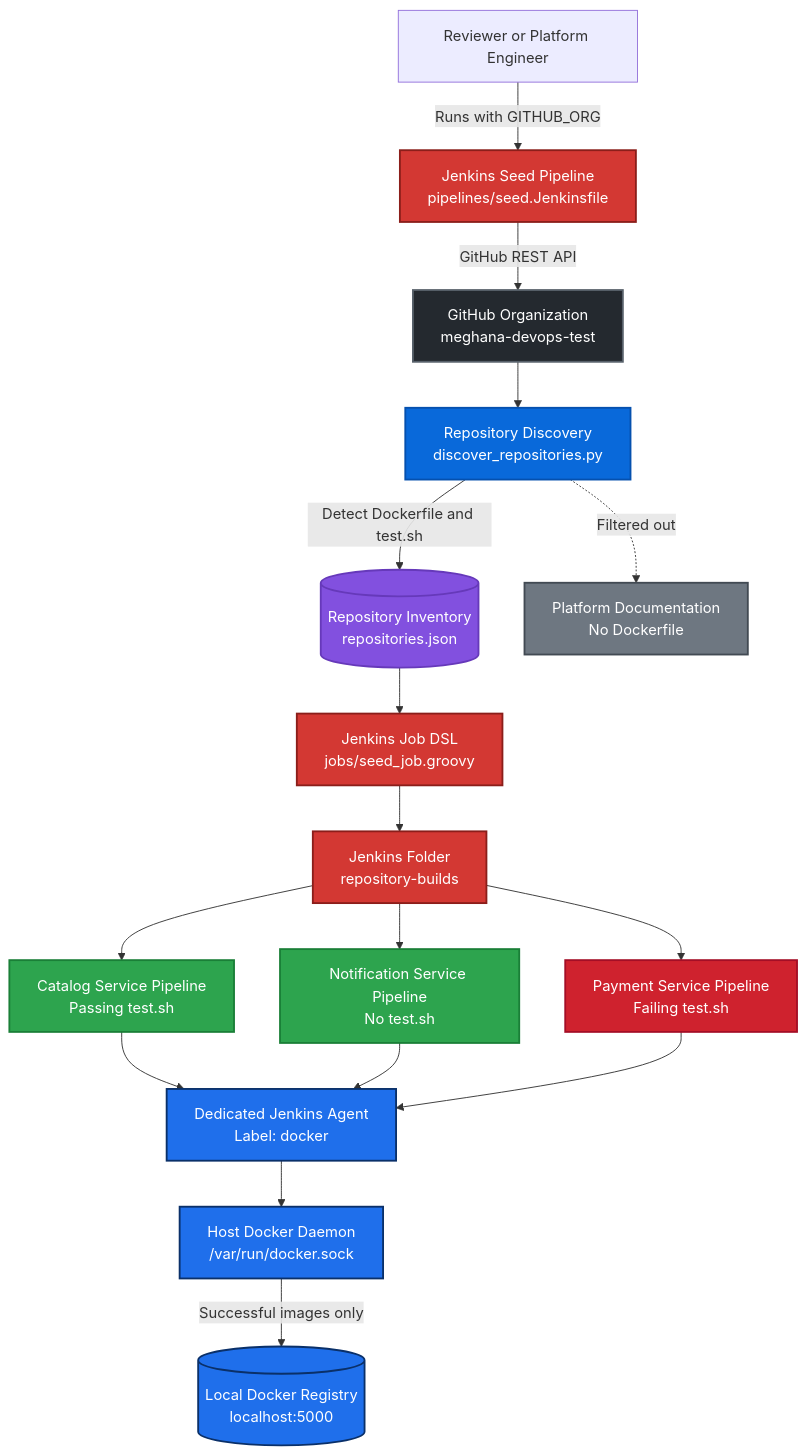
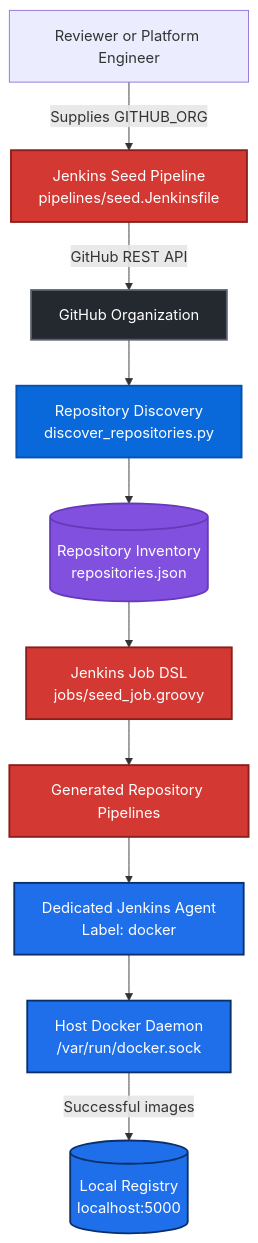
Before and after one commit to meghanareddy08/Txstate-DevOps-Assignment: the first of 8 diagrams in docs/architecture.md, drawn with Mermaid. The commit also changed other lines of this file, not shown here.

Commit message:
Simplify architecture documentation

````diff
--- a/docs/architecture.md
+++ b/docs/architecture.md
@@ -7,69 +9,44 @@
 ```mermaid
 flowchart TD
     USER[Reviewer or Platform Engineer]
 
-    GH[GitHub Organization<br/>meghana-devops-test]
+    GH[GitHub Organization]
 
     SEED[Jenkins Seed Pipeline<br/>pipelines/seed.Jenkinsfile]
 
     DISCOVERY[Repository Discovery<br/>discover_repositories.py]
 
     INVENTORY[(Repository Inventory<br/>repositories.json)]
 
     DSL[Jenkins Job DSL<br/>jobs/seed_job.groovy]
 
-    FOLDER[Jenkins Folder<br/>repository-builds]
-
-    CATALOG[Catalog Service Pipeline<br/>Passing test.sh]
-
-    NOTIFICATION[Notification Service Pipeline<br/>No test.sh]
-
-    PAYMENT[Payment Service Pipeline<br/>Failing test.sh]
-
-    DOCUMENTATION[Platform Documentation<br/>No Dockerfile]
+    JOBS[Generated Repository Pipelines]
 
     AGENT[Dedicated Jenkins Agent<br/>Label: docker]
 
     DOCKER[Host Docker Daemon<br/>/var/run/docker.sock]
 
-    REGISTRY[(Local Docker Registry<br/>localhost:5000)]
+    REGISTRY[(Local Registry<br/>localhost:5000)]
 
-    USER -->|Runs with GITHUB_ORG| SEED
+    USER -->|Supplies GITHUB_ORG| SEED
     SEED -->|GitHub REST API| GH
     GH --> DISCOVERY
-    DISCOVERY -->|Detect Dockerfile and test.sh| INVENTORY
+    DISCOVERY --> INVENTORY
     INVENTORY --> DSL
-    DSL --> FOLDER
-
-    FOLDER --> CATALOG
-    FOLDER --> NOTIFICATION
-    FOLDER --> PAYMENT
-
-    DISCOVERY -. Filtered out .-> DOCUMENTATION
-
-    CATALOG --> AGENT
-    NOTIFICATION --> AGENT
-    PAYMENT --> AGENT
-
+    DSL --> JOBS
+    JOBS --> AGENT
     AGENT --> DOCKER
-    DOCKER -->|Successful images only| REGISTRY
+    DOCKER -->|Successful images| REGISTRY
 
     classDef github fill:#24292f,color:#ffffff,stroke:#57606a,stroke-width:2px;
     classDef jenkins fill:#d33833,color:#ffffff,stroke:#8b1e1a,stroke-width:2px;
     classDef discovery fill:#0969da,color:#ffffff,stroke:#0550ae,stroke-width:2px;
     classDef inventory fill:#8250df,color:#ffffff,stroke:#6639ba,stroke-width:2px;
-    classDef success fill:#2da44e,color:#ffffff,stroke:#1a7f37,stroke-width:2px;
-    classDef warning fill:#bf8700,color:#ffffff,stroke:#9a6700,stroke-width:2px;
-    classDef failure fill:#cf222e,color:#ffffff,stroke:#a40e26,stroke-width:2px;
-    classDef infrastructure fill:#1f6feb,color:#ffffff,stroke:#0a3069,stroke-width:2px;
-    classDef filtered fill:#6e7781,color:#ffffff,stroke:#424a53,stroke-width:2px;
+    classDef runtime fill:#1f6feb,color:#ffffff,stroke:#0a3069,stroke-width:2px;
 
     class GH github;
-    class SEED,DSL,FOLDER jenkins;
+    class SEED,DSL,JOBS jenkins;
     class DISCOVERY discovery;
     class INVENTORY inventory;
-    class CATALOG,NOTIFICATION success;
-    class PAYMENT failure;
-    class DOCUMENTATION filtered;
-    class AGENT,DOCKER,REGISTRY infrastructure;
+    class AGENT,DOCKER,REGISTRY runtime;
 ```
````
